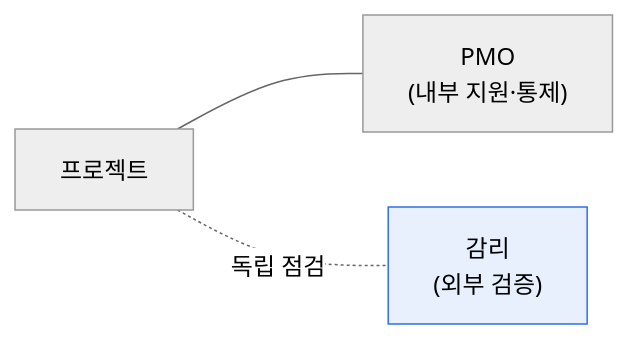
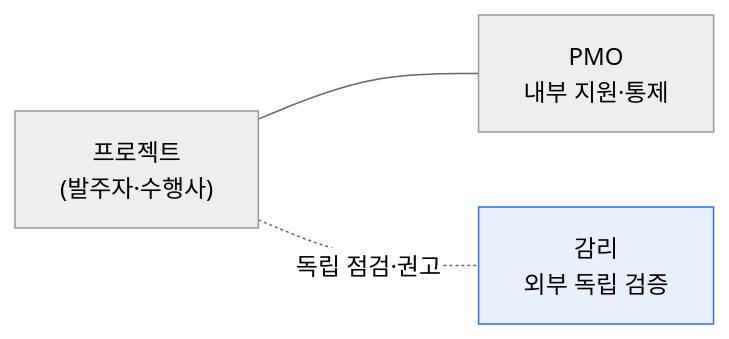
The diagram in content/audit-vs-pmo.md (coninggu/wjdqhrhksflrltnftk), drawn with Mermaid (neutral theme) before and after one commit. The commit also changed other lines of this file and 5 other files, not shown here.

````diff
--- a/content/audit-vs-pmo.md
+++ b/content/audit-vs-pmo.md
@@ -12,6 +15,6 @@
 ```mermaid
 flowchart LR
-  P[프로젝트] --- PMO["PMO<br/>(내부 지원·통제)"]
-  P -. 독립 점검 .- AU["감리<br/>(외부 검증)"]
+  P["프로젝트<br/>(발주자·수행사)"] --- PMO["PMO<br/>내부 지원·통제"]
+  P -. 독립 점검·권고 .- AU["감리<br/>외부 독립 검증"]
   style AU fill:#e8f0fe,stroke:#2f6fed
 ```
````
